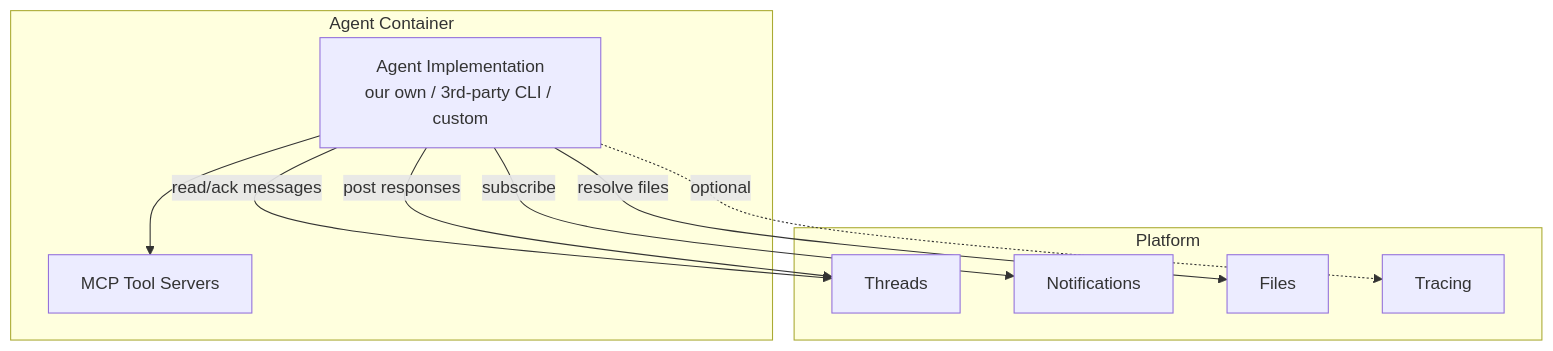
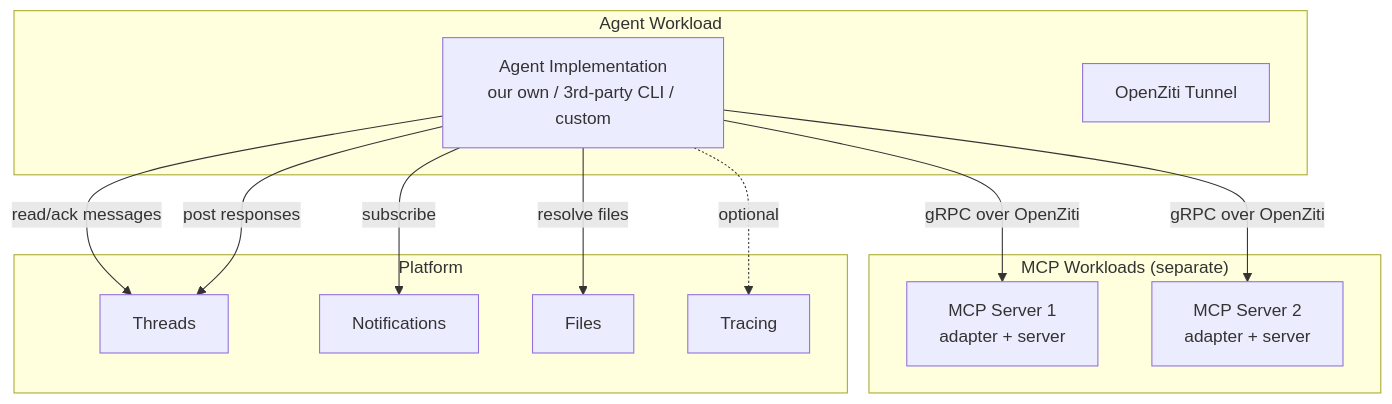
One commit to agynio/architecture changed the first of 4 diagrams in architecture/agent/overview.md. Above: the diagram before and after it, drawn with Mermaid. The commit also changed other lines of this file and 12 other files, not shown here.

````diff
--- a/architecture/agent/overview.md
+++ b/architecture/agent/overview.md
@@ -13,21 +13,27 @@
 ```mermaid
 graph TB
-    subgraph "Agent Container"
+    subgraph "Agent Workload"
         Impl[Agent Implementation<br/>our own / 3rd-party CLI / custom]
-        MCP[MCP Tool Servers]
-        Impl --> MCP
+        Ziti[OpenZiti Tunnel]
+    end
+
+    subgraph "MCP Workloads (separate)"
+        MCP1[MCP Server 1<br/>adapter + server]
+        MCP2[MCP Server 2<br/>adapter + server]
     end
 
     subgraph Platform
         Threads
         Notifications
         Files
         Tracing
     end
 
+    Impl -->|gRPC over OpenZiti| MCP1
+    Impl -->|gRPC over OpenZiti| MCP2
     Impl -->|read/ack messages| Threads
     Impl -->|post responses| Threads
     Impl -->|resolve files| Files
     Impl -->|subscribe| Notifications
     Impl -.->|optional| Tracing
 ```
````
